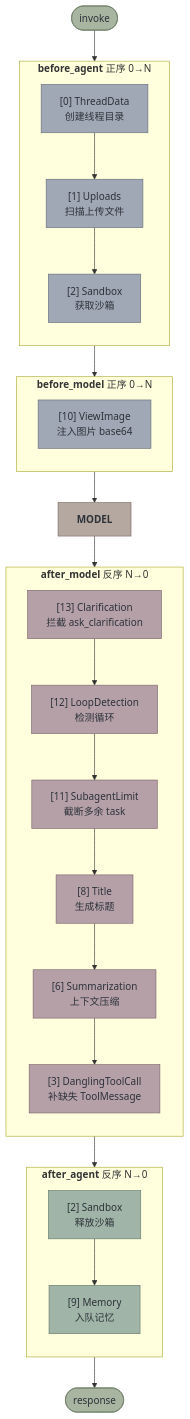
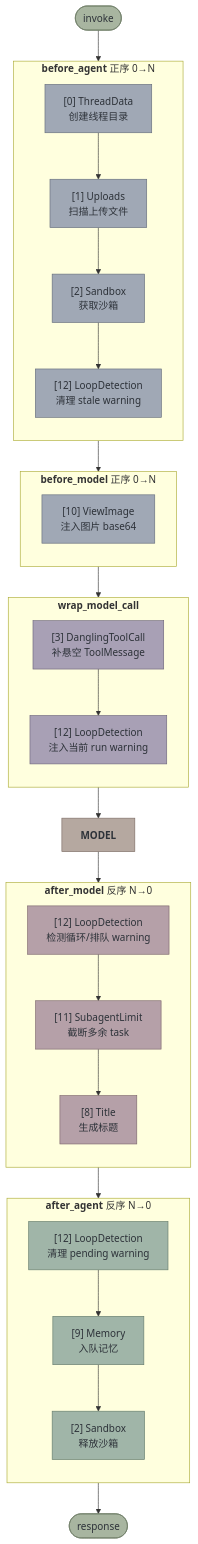
The first of 4 diagrams in backend/docs/middleware-execution-flow.md (tsbaby1326/deer-flow), drawn with Mermaid before and after one commit. The commit also changed other lines of this file and 6 other files, not shown here.

First line of the commit message:
feat(loop-detection): defer warning injection (#2752)

````diff
--- a/backend/docs/middleware-execution-flow.md
+++ b/backend/docs/middleware-execution-flow.md
@@ -32,44 +32,52 @@
 ```mermaid
 graph TB
     START(["invoke"]) --> TD
 
     subgraph BA ["<b>before_agent</b> 正序 0→N"]
         direction TB
-        TD["[0] ThreadData<br/>创建线程目录"] --> UL["[1] Uploads<br/>扫描上传文件"] --> SB["[2] Sandbox<br/>获取沙箱"]
+        TD["[0] ThreadData<br/>创建线程目录"] --> UL["[1] Uploads<br/>扫描上传文件"] --> SB["[2] Sandbox<br/>获取沙箱"] --> LD_BA["[12] LoopDetection<br/>清理 stale warning"]
     end
 
     subgraph BM ["<b>before_model</b> 正序 0→N"]
         direction TB
         VI["[10] ViewImage<br/>注入图片 base64"]
     end
 
-    SB --> VI
-    VI --> M["<b>MODEL</b>"]
+    subgraph WM ["<b>wrap_model_call</b>"]
+        direction TB
+        DTC_WM["[3] DanglingToolCall<br/>补悬空 ToolMessage"] --> LD_WM["[12] LoopDetection<br/>注入当前 run warning"]
+    end
+
+    LD_BA --> VI
+    VI --> DTC_WM
+    LD_WM --> M["<b>MODEL</b>"]
 
     subgraph AM ["<b>after_model</b> 反序 N→0"]
         direction TB
-        CL["[13] Clarification<br/>拦截 ask_clarification"] --> LD["[12] LoopDetection<br/>检测循环"] --> SL["[11] SubagentLimit<br/>截断多余 task"] --> TI["[8] Title<br/>生成标题"] --> SM["[6] Summarization<br/>上下文压缩"] --> DTC["[3] DanglingToolCall<br/>补缺失 ToolMessage"]
+        LD["[12] LoopDetection<br/>检测循环/排队 warning"] --> SL["[11] SubagentLimit<br/>截断多余 task"] --> TI["[8] Title<br/>生成标题"]
     end
 
-    M --> CL
+    M --> LD
 
     subgraph AA ["<b>after_agent</b> 反序 N→0"]
         direction TB
-        SBR["[2] Sandbox<br/>释放沙箱"] --> MEM["[9] Memory<br/>入队记忆"]
+        LD_CLEAN["[12] LoopDetection<br/>清理 pending warning"] --> MEM["[9] Memory<br/>入队记忆"] --> SBR["[2] Sandbox<br/>释放沙箱"]
     end
 
-    DTC --> SBR
-    MEM --> END(["response"])
+    TI --> LD_CLEAN
+    SBR --> END(["response"])
 
     classDef beforeNode fill:#a0a8b5,stroke:#636b7a,color:#2d3239
     classDef modelNode fill:#b5a8a0,stroke:#7a6b63,color:#2d3239
+    classDef wrapModelNode fill:#a8a0b5,stroke:#6b637a,color:#2d3239
     classDef afterModelNode fill:#b5a0a8,stroke:#7a636b,color:#2d3239
     classDef afterAgentNode fill:#a0b5a8,stroke:#637a6b,color:#2d3239
     classDef terminalNode fill:#a8b5a0,stroke:#6b7a63,color:#2d3239
 
-    class TD,UL,SB,VI beforeNode
+    class TD,UL,SB,LD_BA,VI beforeNode
+    class DTC_WM,LD_WM wrapModelNode
     class M modelNode
-    class CL,LD,SL,TI,SM,DTC afterModelNode
-    class SBR,MEM afterAgentNode
+    class LD,SL,TI afterModelNode
+    class LD_CLEAN,SBR,MEM afterAgentNode
     class START,END terminalNode
 ```
````
